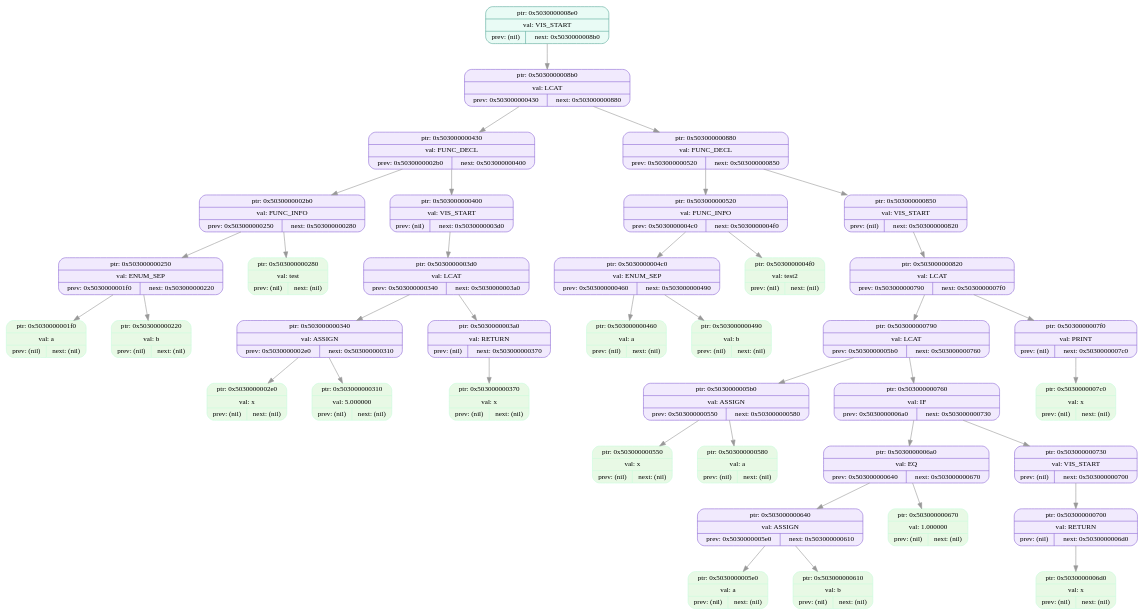
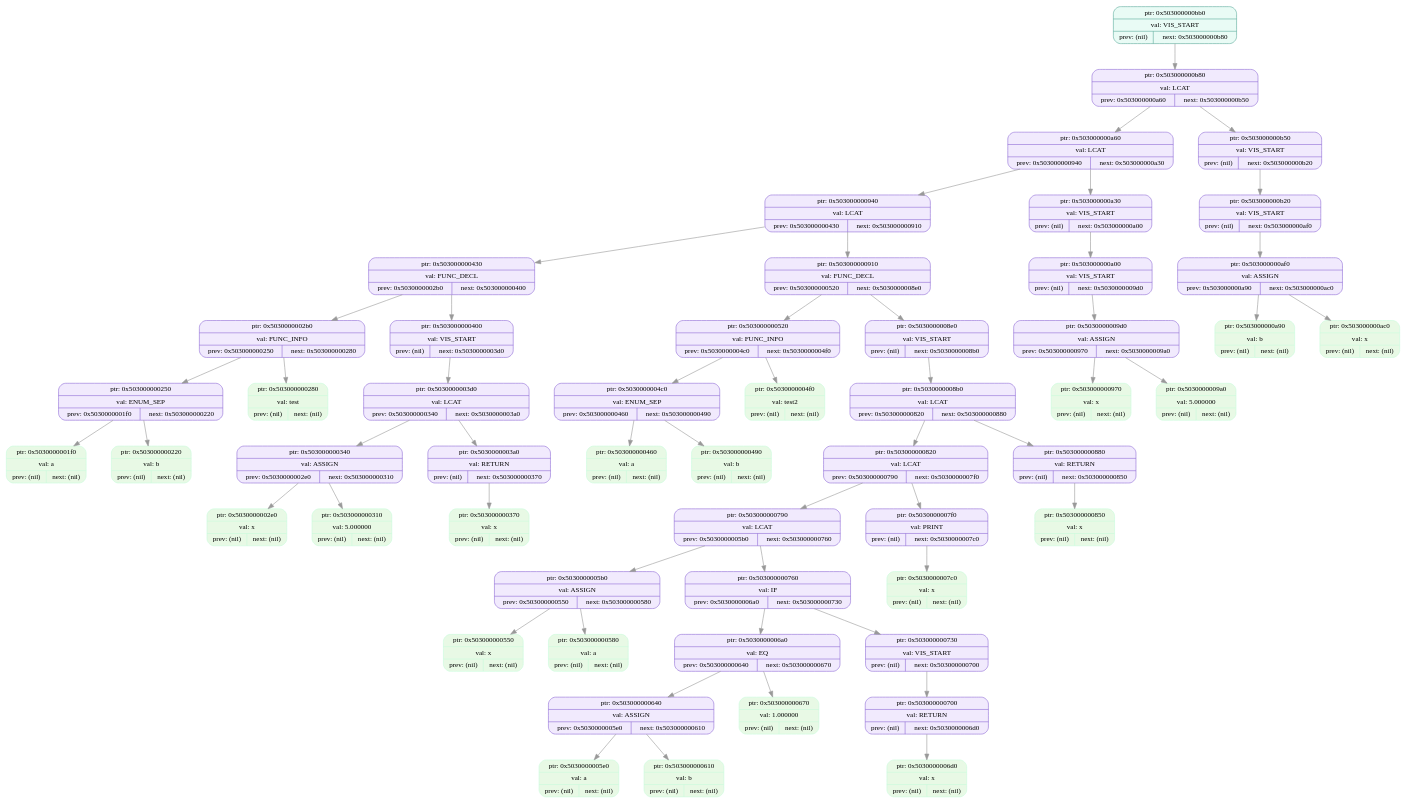
Before and after one commit to EvilTomato9890/Alchemist_language: the diagram in project/frontend/parser/dumps/tree_dump_000.dot, drawn with Graphviz. The commit also changed 10 other files, not shown here.

```diff
--- a/project/frontend/parser/dumps/tree_dump_000.dot
+++ b/project/frontend/parser/dumps/tree_dump_000.dot
@@ -1,79 +1,109 @@
 digraph T{
   node [fontname="Fira Mono",shape=record,style="filled,rounded",fontsize=12];
   graph [splines=true, nodesep=0.6, ranksep=0.6];
-  node_0x5030000008e0[shape=record,label="{ {ptr: 0x5030000008e0} | {val: VIS_START} | { prev: (nil) | next: 0x5030000008b0 } }",color="#5aa99b",fillcolor="#e9fbf5"];
-  node_0x5030000008b0[shape=record,label="{ {ptr: 0x5030000008b0} | {val: LCAT} | { prev: 0x503000000430 | next: 0x503000000880 } }",color="#8e6bd6",fillcolor="#f1eafd"];
+  node_0x503000000bb0[shape=record,label="{ {ptr: 0x503000000bb0} | {val: VIS_START} | { prev: (nil) | next: 0x503000000b80 } }",color="#5aa99b",fillcolor="#e9fbf5"];
+  node_0x503000000b80[shape=record,label="{ {ptr: 0x503000000b80} | {val: LCAT} | { prev: 0x503000000a60 | next: 0x503000000b50 } }",color="#8e6bd6",fillcolor="#f1eafd"];
+  node_0x503000000a60[shape=record,label="{ {ptr: 0x503000000a60} | {val: LCAT} | { prev: 0x503000000940 | next: 0x503000000a30 } }",color="#8e6bd6",fillcolor="#f1eafd"];
+  node_0x503000000940[shape=record,label="{ {ptr: 0x503000000940} | {val: LCAT} | { prev: 0x503000000430 | next: 0x503000000910 } }",color="#8e6bd6",fillcolor="#f1eafd"];
   node_0x503000000430[shape=record,label="{ {ptr: 0x503000000430} | {val: FUNC_DECL} | { prev: 0x5030000002b0 | next: 0x503000000400 } }",color="#8e6bd6",fillcolor="#f1eafd"];
   node_0x5030000002b0[shape=record,label="{ {ptr: 0x5030000002b0} | {val: FUNC_INFO} | { prev: 0x503000000250 | next: 0x503000000280 } }",color="#8e6bd6",fillcolor="#f1eafd"];
   node_0x503000000250[shape=record,label="{ {ptr: 0x503000000250} | {val: ENUM_SEP} | { prev: 0x5030000001f0 | next: 0x503000000220 } }",color="#8e6bd6",fillcolor="#f1eafd"];
   node_0x5030000001f0[shape=record,label="{ {ptr: 0x5030000001f0} | {val: a} | { prev: (nil) | next: (nil) } }",color="#c9fbdbff",fillcolor="#e8f9e5ff"];
   node_0x503000000220[shape=record,label="{ {ptr: 0x503000000220} | {val: b} | { prev: (nil) | next: (nil) } }",color="#c9fbdbff",fillcolor="#e8f9e5ff"];
   node_0x503000000280[shape=record,label="{ {ptr: 0x503000000280} | {val: test} | { prev: (nil) | next: (nil) } }",color="#c9fbdbff",fillcolor="#e8f9e5ff"];
   node_0x503000000400[shape=record,label="{ {ptr: 0x503000000400} | {val: VIS_START} | { prev: (nil) | next: 0x5030000003d0 } }",color="#8e6bd6",fillcolor="#f1eafd"];
   node_0x5030000003d0[shape=record,label="{ {ptr: 0x5030000003d0} | {val: LCAT} | { prev: 0x503000000340 | next: 0x5030000003a0 } }",color="#8e6bd6",fillcolor="#f1eafd"];
   node_0x503000000340[shape=record,label="{ {ptr: 0x503000000340} | {val: ASSIGN} | { prev: 0x5030000002e0 | next: 0x503000000310 } }",color="#8e6bd6",fillcolor="#f1eafd"];
   node_0x5030000002e0[shape=record,label="{ {ptr: 0x5030000002e0} | {val: x} | { prev: (nil) | next: (nil) } }",color="#c9fbdbff",fillcolor="#e8f9e5ff"];
   node_0x503000000310[shape=record,label="{ {ptr: 0x503000000310} | {val: 5.000000} | { prev: (nil) | next: (nil) } }",color="#c9fbdbff",fillcolor="#e8f9e5ff"];
   node_0x5030000003a0[shape=record,label="{ {ptr: 0x5030000003a0} | {val: RETURN} | { prev: (nil) | next: 0x503000000370 } }",color="#8e6bd6",fillcolor="#f1eafd"];
   node_0x503000000370[shape=record,label="{ {ptr: 0x503000000370} | {val: x} | { prev: (nil) | next: (nil) } }",color="#c9fbdbff",fillcolor="#e8f9e5ff"];
-  node_0x503000000880[shape=record,label="{ {ptr: 0x503000000880} | {val: FUNC_DECL} | { prev: 0x503000000520 | next: 0x503000000850 } }",color="#8e6bd6",fillcolor="#f1eafd"];
+  node_0x503000000910[shape=record,label="{ {ptr: 0x503000000910} | {val: FUNC_DECL} | { prev: 0x503000000520 | next: 0x5030000008e0 } }",color="#8e6bd6",fillcolor="#f1eafd"];
   node_0x503000000520[shape=record,label="{ {ptr: 0x503000000520} | {val: FUNC_INFO} | { prev: 0x5030000004c0 | next: 0x5030000004f0 } }",color="#8e6bd6",fillcolor="#f1eafd"];
   node_0x5030000004c0[shape=record,label="{ {ptr: 0x5030000004c0} | {val: ENUM_SEP} | { prev: 0x503000000460 | next: 0x503000000490 } }",color="#8e6bd6",fillcolor="#f1eafd"];
   node_0x503000000460[shape=record,label="{ {ptr: 0x503000000460} | {val: a} | { prev: (nil) | next: (nil) } }",color="#c9fbdbff",fillcolor="#e8f9e5ff"];
   node_0x503000000490[shape=record,label="{ {ptr: 0x503000000490} | {val: b} | { prev: (nil) | next: (nil) } }",color="#c9fbdbff",fillcolor="#e8f9e5ff"];
   node_0x5030000004f0[shape=record,label="{ {ptr: 0x5030000004f0} | {val: test2} | { prev: (nil) | next: (nil) } }",color="#c9fbdbff",fillcolor="#e8f9e5ff"];
-  node_0x503000000850[shape=record,label="{ {ptr: 0x503000000850} | {val: VIS_START} | { prev: (nil) | next: 0x503000000820 } }",color="#8e6bd6",fillcolor="#f1eafd"];
+  node_0x5030000008e0[shape=record,label="{ {ptr: 0x5030000008e0} | {val: VIS_START} | { prev: (nil) | next: 0x5030000008b0 } }",color="#8e6bd6",fillcolor="#f1eafd"];
+  node_0x5030000008b0[shape=record,label="{ {ptr: 0x5030000008b0} | {val: LCAT} | { prev: 0x503000000820 | next: 0x503000000880 } }",color="#8e6bd6",fillcolor="#f1eafd"];
   node_0x503000000820[shape=record,label="{ {ptr: 0x503000000820} | {val: LCAT} | { prev: 0x503000000790 | next: 0x5030000007f0 } }",color="#8e6bd6",fillcolor="#f1eafd"];
   node_0x503000000790[shape=record,label="{ {ptr: 0x503000000790} | {val: LCAT} | { prev: 0x5030000005b0 | next: 0x503000000760 } }",color="#8e6bd6",fillcolor="#f1eafd"];
   node_0x5030000005b0[shape=record,label="{ {ptr: 0x5030000005b0} | {val: ASSIGN} | { prev: 0x503000000550 | next: 0x503000000580 } }",color="#8e6bd6",fillcolor="#f1eafd"];
   node_0x503000000550[shape=record,label="{ {ptr: 0x503000000550} | {val: x} | { prev: (nil) | next: (nil) } }",color="#c9fbdbff",fillcolor="#e8f9e5ff"];
   node_0x503000000580[shape=record,label="{ {ptr: 0x503000000580} | {val: a} | { prev: (nil) | next: (nil) } }",color="#c9fbdbff",fillcolor="#e8f9e5ff"];
   node_0x503000000760[shape=record,label="{ {ptr: 0x503000000760} | {val: IF} | { prev: 0x5030000006a0 | next: 0x503000000730 } }",color="#8e6bd6",fillcolor="#f1eafd"];
   node_0x5030000006a0[shape=record,label="{ {ptr: 0x5030000006a0} | {val: EQ} | { prev: 0x503000000640 | next: 0x503000000670 } }",color="#8e6bd6",fillcolor="#f1eafd"];
   node_0x503000000640[shape=record,label="{ {ptr: 0x503000000640} | {val: ASSIGN} | { prev: 0x5030000005e0 | next: 0x503000000610 } }",color="#8e6bd6",fillcolor="#f1eafd"];
   node_0x5030000005e0[shape=record,label="{ {ptr: 0x5030000005e0} | {val: a} | { prev: (nil) | next: (nil) } }",color="#c9fbdbff",fillcolor="#e8f9e5ff"];
   node_0x503000000610[shape=record,label="{ {ptr: 0x503000000610} | {val: b} | { prev: (nil) | next: (nil) } }",color="#c9fbdbff",fillcolor="#e8f9e5ff"];
   node_0x503000000670[shape=record,label="{ {ptr: 0x503000000670} | {val: 1.000000} | { prev: (nil) | next: (nil) } }",color="#c9fbdbff",fillcolor="#e8f9e5ff"];
   node_0x503000000730[shape=record,label="{ {ptr: 0x503000000730} | {val: VIS_START} | { prev: (nil) | next: 0x503000000700 } }",color="#8e6bd6",fillcolor="#f1eafd"];
   node_0x503000000700[shape=record,label="{ {ptr: 0x503000000700} | {val: RETURN} | { prev: (nil) | next: 0x5030000006d0 } }",color="#8e6bd6",fillcolor="#f1eafd"];
   node_0x5030000006d0[shape=record,label="{ {ptr: 0x5030000006d0} | {val: x} | { prev: (nil) | next: (nil) } }",color="#c9fbdbff",fillcolor="#e8f9e5ff"];
   node_0x5030000007f0[shape=record,label="{ {ptr: 0x5030000007f0} | {val: PRINT} | { prev: (nil) | next: 0x5030000007c0 } }",color="#8e6bd6",fillcolor="#f1eafd"];
   node_0x5030000007c0[shape=record,label="{ {ptr: 0x5030000007c0} | {val: x} | { prev: (nil) | next: (nil) } }",color="#c9fbdbff",fillcolor="#e8f9e5ff"];
-  node_0x5030000008e0 -> node_0x5030000008b0 [color="#999999"];
-  node_0x5030000008b0 -> node_0x503000000430 [color="#999999"];
-  node_0x5030000008b0 -> node_0x503000000880 [color="#999999"];
+  node_0x503000000880[shape=record,label="{ {ptr: 0x503000000880} | {val: RETURN} | { prev: (nil) | next: 0x503000000850 } }",color="#8e6bd6",fillcolor="#f1eafd"];
+  node_0x503000000850[shape=record,label="{ {ptr: 0x503000000850} | {val: x} | { prev: (nil) | next: (nil) } }",color="#c9fbdbff",fillcolor="#e8f9e5ff"];
+  node_0x503000000a30[shape=record,label="{ {ptr: 0x503000000a30} | {val: VIS_START} | { prev: (nil) | next: 0x503000000a00 } }",color="#8e6bd6",fillcolor="#f1eafd"];
+  node_0x503000000a00[shape=record,label="{ {ptr: 0x503000000a00} | {val: VIS_START} | { prev: (nil) | next: 0x5030000009d0 } }",color="#8e6bd6",fillcolor="#f1eafd"];
+  node_0x5030000009d0[shape=record,label="{ {ptr: 0x5030000009d0} | {val: ASSIGN} | { prev: 0x503000000970 | next: 0x5030000009a0 } }",color="#8e6bd6",fillcolor="#f1eafd"];
+  node_0x503000000970[shape=record,label="{ {ptr: 0x503000000970} | {val: x} | { prev: (nil) | next: (nil) } }",color="#c9fbdbff",fillcolor="#e8f9e5ff"];
+  node_0x5030000009a0[shape=record,label="{ {ptr: 0x5030000009a0} | {val: 5.000000} | { prev: (nil) | next: (nil) } }",color="#c9fbdbff",fillcolor="#e8f9e5ff"];
+  node_0x503000000b50[shape=record,label="{ {ptr: 0x503000000b50} | {val: VIS_START} | { prev: (nil) | next: 0x503000000b20 } }",color="#8e6bd6",fillcolor="#f1eafd"];
+  node_0x503000000b20[shape=record,label="{ {ptr: 0x503000000b20} | {val: VIS_START} | { prev: (nil) | next: 0x503000000af0 } }",color="#8e6bd6",fillcolor="#f1eafd"];
+  node_0x503000000af0[shape=record,label="{ {ptr: 0x503000000af0} | {val: ASSIGN} | { prev: 0x503000000a90 | next: 0x503000000ac0 } }",color="#8e6bd6",fillcolor="#f1eafd"];
+  node_0x503000000a90[shape=record,label="{ {ptr: 0x503000000a90} | {val: b} | { prev: (nil) | next: (nil) } }",color="#c9fbdbff",fillcolor="#e8f9e5ff"];
+  node_0x503000000ac0[shape=record,label="{ {ptr: 0x503000000ac0} | {val: x} | { prev: (nil) | next: (nil) } }",color="#c9fbdbff",fillcolor="#e8f9e5ff"];
+  node_0x503000000bb0 -> node_0x503000000b80 [color="#999999"];
+  node_0x503000000b80 -> node_0x503000000a60 [color="#999999"];
+  node_0x503000000b80 -> node_0x503000000b50 [color="#999999"];
+  node_0x503000000a60 -> node_0x503000000940 [color="#999999"];
+  node_0x503000000a60 -> node_0x503000000a30 [color="#999999"];
+  node_0x503000000940 -> node_0x503000000430 [color="#999999"];
+  node_0x503000000940 -> node_0x503000000910 [color="#999999"];
   node_0x503000000430 -> node_0x5030000002b0 [color="#999999"];
   node_0x503000000430 -> node_0x503000000400 [color="#999999"];
   node_0x5030000002b0 -> node_0x503000000250 [color="#999999"];
   node_0x5030000002b0 -> node_0x503000000280 [color="#999999"];
   node_0x503000000250 -> node_0x5030000001f0 [color="#999999"];
   node_0x503000000250 -> node_0x503000000220 [color="#999999"];
   node_0x503000000400 -> node_0x5030000003d0 [color="#999999"];
   node_0x5030000003d0 -> node_0x503000000340 [color="#999999"];
   node_0x5030000003d0 -> node_0x5030000003a0 [color="#999999"];
   node_0x503000000340 -> node_0x5030000002e0 [color="#999999"];
   node_0x503000000340 -> node_0x503000000310 [color="#999999"];
   node_0x5030000003a0 -> node_0x503000000370 [color="#999999"];
-  node_0x503000000880 -> node_0x503000000520 [color="#999999"];
-  node_0x503000000880 -> node_0x503000000850 [color="#999999"];
+  node_0x503000000910 -> node_0x503000000520 [color="#999999"];
+  node_0x503000000910 -> node_0x5030000008e0 [color="#999999"];
   node_0x503000000520 -> node_0x5030000004c0 [color="#999999"];
   node_0x503000000520 -> node_0x5030000004f0 [color="#999999"];
   node_0x5030000004c0 -> node_0x503000000460 [color="#999999"];
   node_0x5030000004c0 -> node_0x503000000490 [color="#999999"];
-  node_0x503000000850 -> node_0x503000000820 [color="#999999"];
+  node_0x5030000008e0 -> node_0x5030000008b0 [color="#999999"];
+  node_0x5030000008b0 -> node_0x503000000820 [color="#999999"];
+  node_0x5030000008b0 -> node_0x503000000880 [color="#999999"];
   node_0x503000000820 -> node_0x503000000790 [color="#999999"];
   node_0x503000000820 -> node_0x5030000007f0 [color="#999999"];
   node_0x503000000790 -> node_0x5030000005b0 [color="#999999"];
   node_0x503000000790 -> node_0x503000000760 [color="#999999"];
   node_0x5030000005b0 -> node_0x503000000550 [color="#999999"];
   node_0x5030000005b0 -> node_0x503000000580 [color="#999999"];
   node_0x503000000760 -> node_0x5030000006a0 [color="#999999"];
   node_0x503000000760 -> node_0x503000000730 [color="#999999"];
   node_0x5030000006a0 -> node_0x503000000640 [color="#999999"];
   node_0x5030000006a0 -> node_0x503000000670 [color="#999999"];
   node_0x503000000640 -> node_0x5030000005e0 [color="#999999"];
   node_0x503000000640 -> node_0x503000000610 [color="#999999"];
   node_0x503000000730 -> node_0x503000000700 [color="#999999"];
   node_0x503000000700 -> node_0x5030000006d0 [color="#999999"];
   node_0x5030000007f0 -> node_0x5030000007c0 [color="#999999"];
+  node_0x503000000880 -> node_0x503000000850 [color="#999999"];
+  node_0x503000000a30 -> node_0x503000000a00 [color="#999999"];
+  node_0x503000000a00 -> node_0x5030000009d0 [color="#999999"];
+  node_0x5030000009d0 -> node_0x503000000970 [color="#999999"];
+  node_0x5030000009d0 -> node_0x5030000009a0 [color="#999999"];
+  node_0x503000000b50 -> node_0x503000000b20 [color="#999999"];
+  node_0x503000000b20 -> node_0x503000000af0 [color="#999999"];
+  node_0x503000000af0 -> node_0x503000000a90 [color="#999999"];
+  node_0x503000000af0 -> node_0x503000000ac0 [color="#999999"];
 }
```
